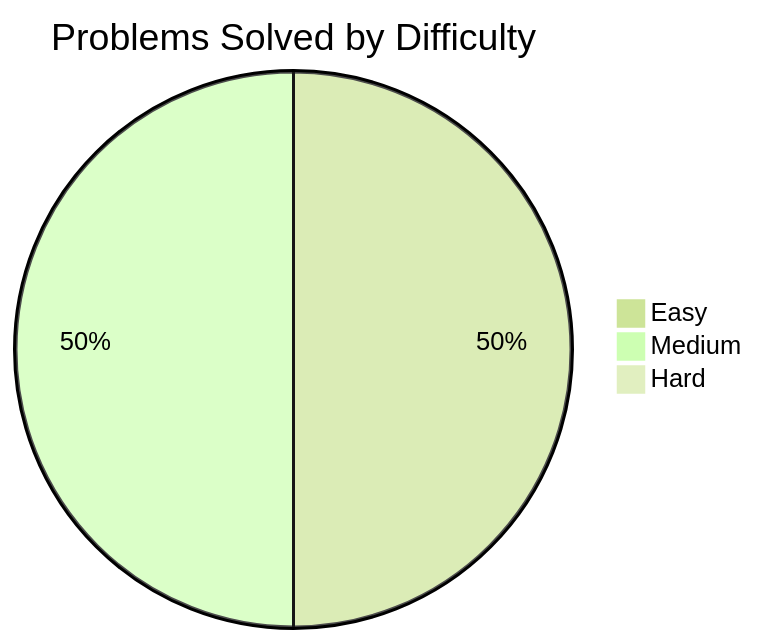
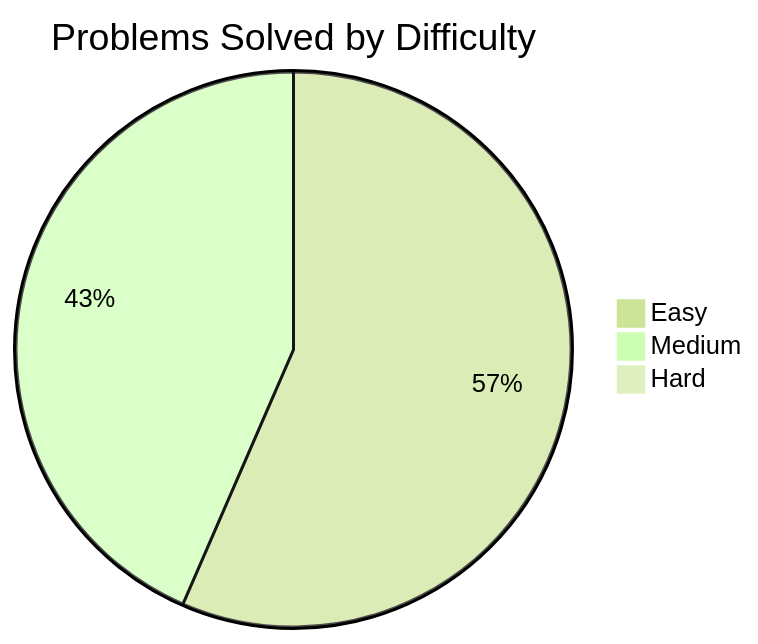
One commit to xiaotwu/LeetPy changed the diagram in README.md. Above: the diagram before and after it, drawn with Mermaid (forest theme). The commit also changed other lines of this file and 2 other files, not shown here.

Commit message:
Update README and add new solutions for easy and medium problems.

````diff
--- a/README.md
+++ b/README.md
@@ -28,6 +28,6 @@
 ```mermaid
 pie title Problems Solved by Difficulty
-    "Easy" : 9
-    "Medium" : 9
+    "Easy" : 13
+    "Medium" : 10
     "Hard" : 0
 ```
````
